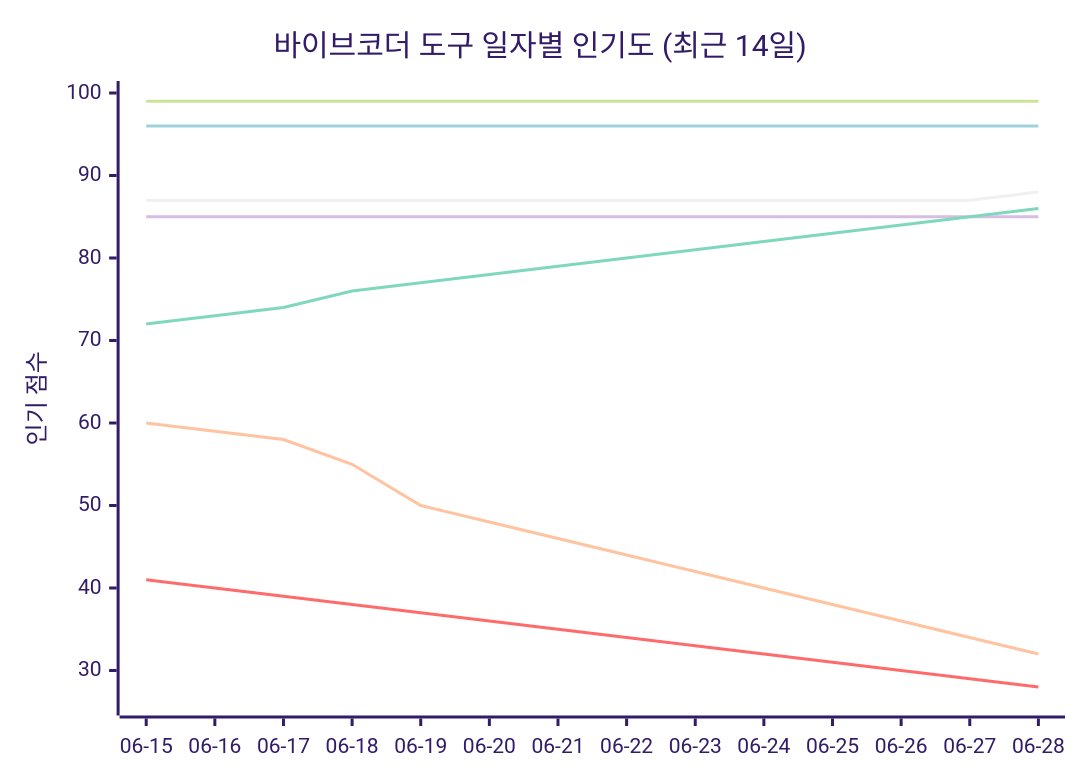
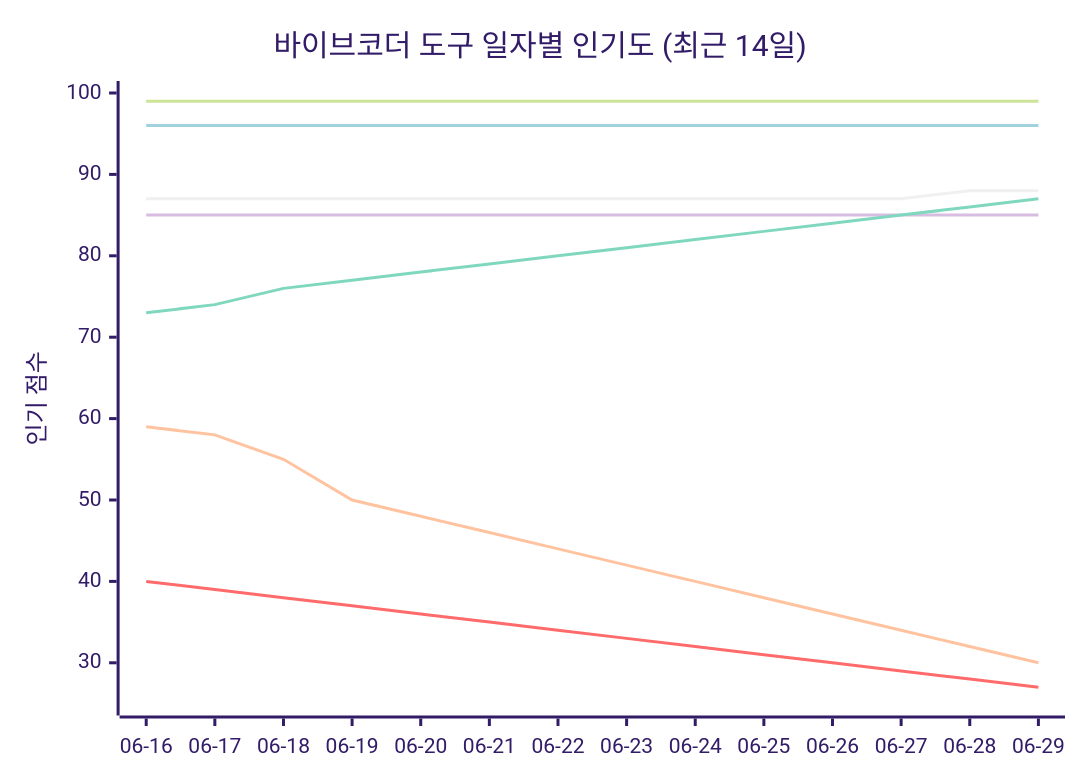
The seventh of 11 diagrams in README_ko.md (tykimos/ai-whatchelin), drawn with Mermaid (forest theme) before and after one commit. The commit also changed other lines of this file and 4 other files, not shown here.

````diff
--- a/README_ko.md
+++ b/README_ko.md
@@ -1725,13 +1735,13 @@
 ```mermaid
 xychart-beta
     title "바이브코더 도구 일자별 인기도 (최근 14일)"
-    x-axis ["06-15", "06-16", "06-17", "06-18", "06-19", "06-20", "06-21", "06-22", "06-23", "06-24", "06-25", "06-26", "06-27", "06-28"]
-    y-axis "인기 점수" 26 --> 100
+    x-axis ["06-16", "06-17", "06-18", "06-19", "06-20", "06-21", "06-22", "06-23", "06-24", "06-25", "06-26", "06-27", "06-28", "06-29"]
+    y-axis "인기 점수" 25 --> 100
     line "Claude Code" [99, 99, 99, 99, 99, 99, 99, 99, 99, 99, 99, 99, 99, 99]
-    line "GH Copilot" [41, 40, 39, 38, 37, 36, 35, 34, 33, 32, 31, 30, 29, 28]
+    line "GH Copilot" [40, 39, 38, 37, 36, 35, 34, 33, 32, 31, 30, 29, 28, 27]
     line "Cursor" [96, 96, 96, 96, 96, 96, 96, 96, 96, 96, 96, 96, 96, 96]
     line "Windsurf" [85, 85, 85, 85, 85, 85, 85, 85, 85, 85, 85, 85, 85, 85]
-    line "Codex CLI" [87, 87, 87, 87, 87, 87, 87, 87, 87, 87, 87, 87, 87, 88]
-    line "Gemini CLI" [60, 59, 58, 55, 50, 48, 46, 44, 42, 40, 38, 36, 34, 32]
-    line "Antigravity" [72, 73, 74, 76, 77, 78, 79, 80, 81, 82, 83, 84, 85, 86]
+    line "Codex CLI" [87, 87, 87, 87, 87, 87, 87, 87, 87, 87, 87, 87, 88, 88]
+    line "Gemini CLI" [59, 58, 55, 50, 48, 46, 44, 42, 40, 38, 36, 34, 32, 30]
+    line "Antigravity" [73, 74, 76, 77, 78, 79, 80, 81, 82, 83, 84, 85, 86, 87]
 ```
````
